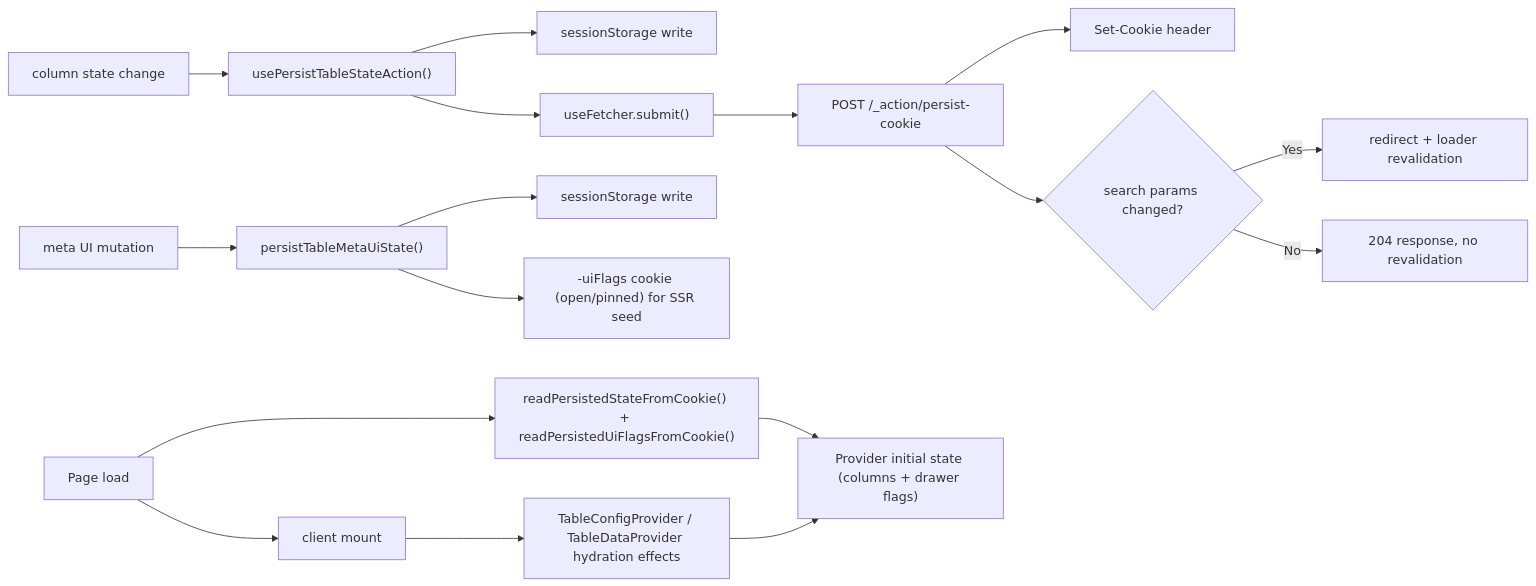
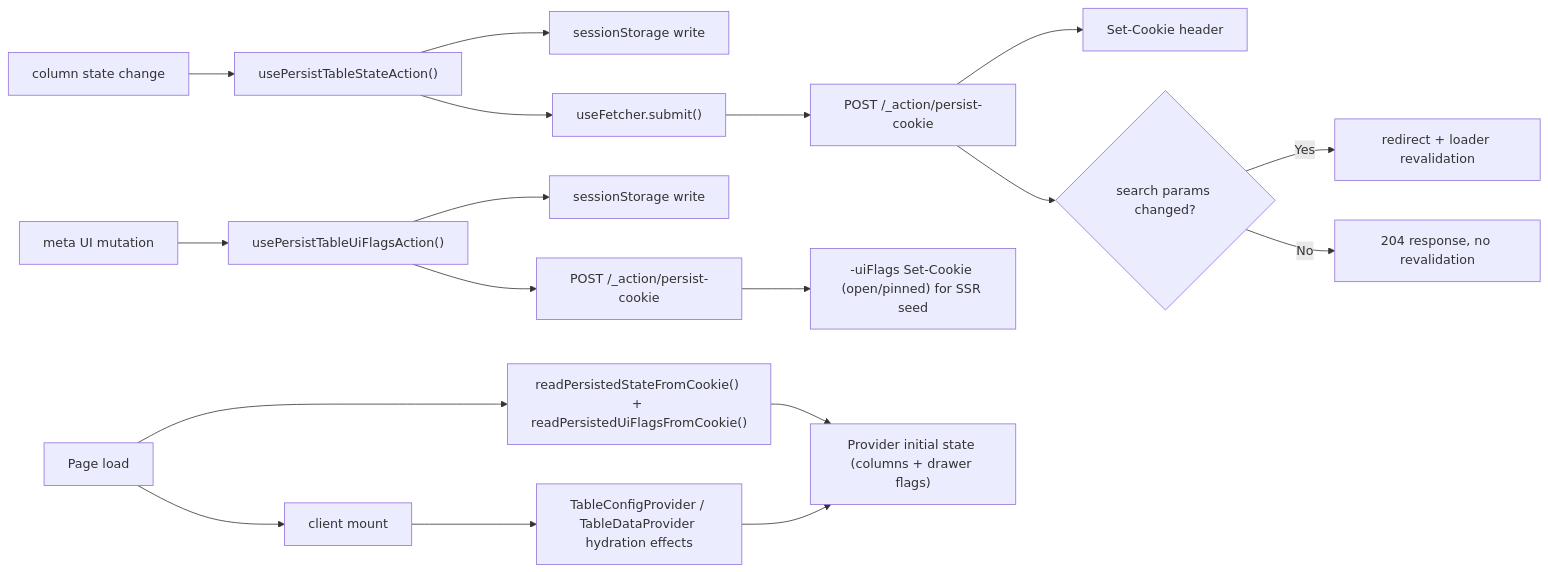
The fourth of 4 diagrams in packages/ui/src/components/Table/ARCHITECTURE.md (luciocabrera/lcabrera-stack), drawn with Mermaid before and after one commit. The commit also changed 72 other files, not shown here.

````diff
--- a/packages/ui/src/components/Table/ARCHITECTURE.md
+++ b/packages/ui/src/components/Table/ARCHITECTURE.md
@@ -166,21 +166,22 @@
 ```mermaid
 graph LR
   ColumnChange["column state change"] --> ColumnAction["usePersistTableStateAction()"]
   ColumnAction --> ColumnSession["sessionStorage write"]
   ColumnAction --> Fetcher["useFetcher.submit()"]
   Fetcher --> Route["POST /_action/persist-cookie"]
   Route --> Cookie["Set-Cookie header"]
   Route --> Decision{"search params changed?"}
   Decision -->|Yes| Revalidate["redirect + loader revalidation"]
   Decision -->|No| Stable["204 response, no revalidation"]
 
-  MetaChange["meta UI mutation"] --> MetaAction["persistTableMetaUiState()"]
+  MetaChange["meta UI mutation"] --> MetaAction["usePersistTableUiFlagsAction()"]
   MetaAction --> MetaSession["sessionStorage write"]
-  MetaAction --> MetaFlagsCookie["-uiFlags cookie (open/pinned) for SSR seed"]
+  MetaAction --> MetaRoute["POST /_action/persist-cookie"]
+  MetaRoute --> MetaFlagsCookie["-uiFlags Set-Cookie (open/pinned) for SSR seed"]
 
   Load["Page load"] --> CookieRead["readPersistedStateFromCookie() + readPersistedUiFlagsFromCookie()"]
   CookieRead --> Init["Provider initial state (columns + drawer flags)"]
   Load --> Mount["client mount"]
   Mount --> SessionRead["TableConfigProvider / TableDataProvider hydration effects"]
   SessionRead --> Init
 ```
````
